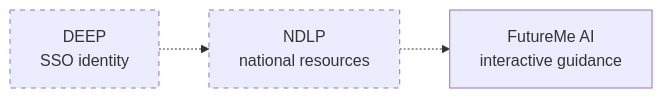
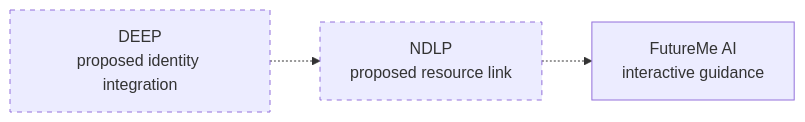
Before and after one commit to winxtxrgit/futureme-ai: the sixth of 6 diagrams in docs/05-system-architecture.md, drawn with Mermaid. The commit also changed other lines of this file and 41 other files, not shown here.

````diff
--- a/docs/05-system-architecture.md
+++ b/docs/05-system-architecture.md
@@ -266,8 +270,8 @@
 ```mermaid
 flowchart LR
-    A["DEEP<br/>SSO identity"] -.-> B["NDLP<br/>national resources"]
+    A["DEEP<br/>proposed identity integration"] -.-> B["NDLP<br/>proposed resource link"]
     B -.-> C["FutureMe AI<br/>interactive guidance"]
 
     style A stroke-dasharray: 5 5
     style B stroke-dasharray: 5 5
 ```
````
